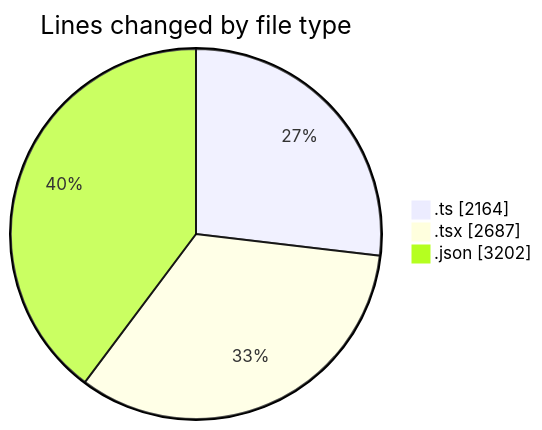
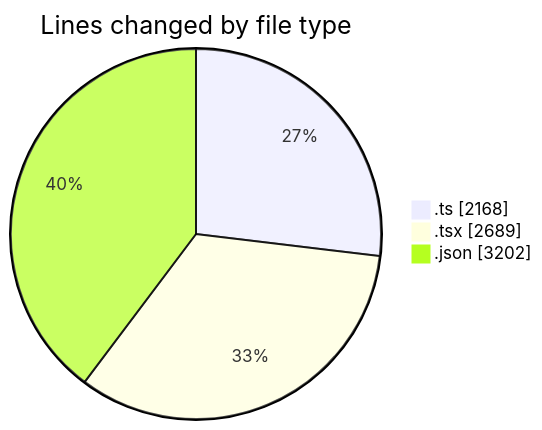
The first of 2 diagrams in 2025-10-23/eventscop-frontend-guide__workspace_/README.md (julien-gomy/code-tracking), drawn with Mermaid before and after one commit. The commit also changed other lines of this file and 1 other file, not shown here.

````diff
--- a/2025-10-23/eventscop-frontend-guide__workspace_/README.md
+++ b/2025-10-23/eventscop-frontend-guide__workspace_/README.md
@@ -40,7 +40,7 @@
 ```mermaid
 pie showData
 title Lines changed by file type
-".ts" : 2164
-".tsx" : 2687
+".ts" : 2168
+".tsx" : 2689
 ".json" : 3202
 ```
````
